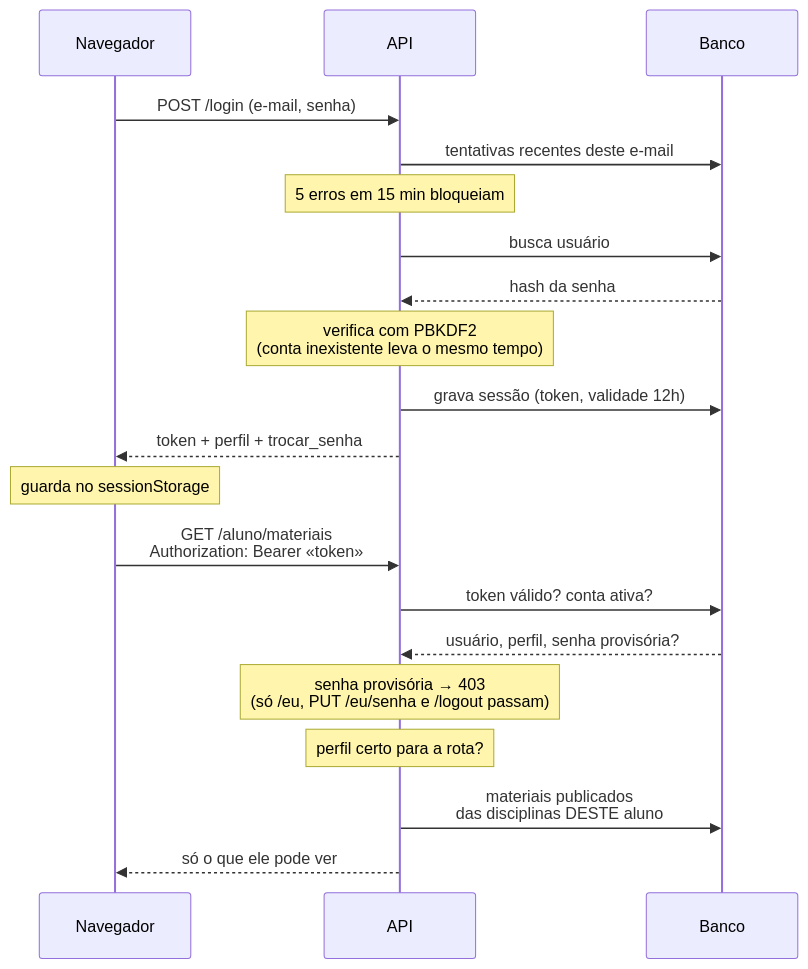
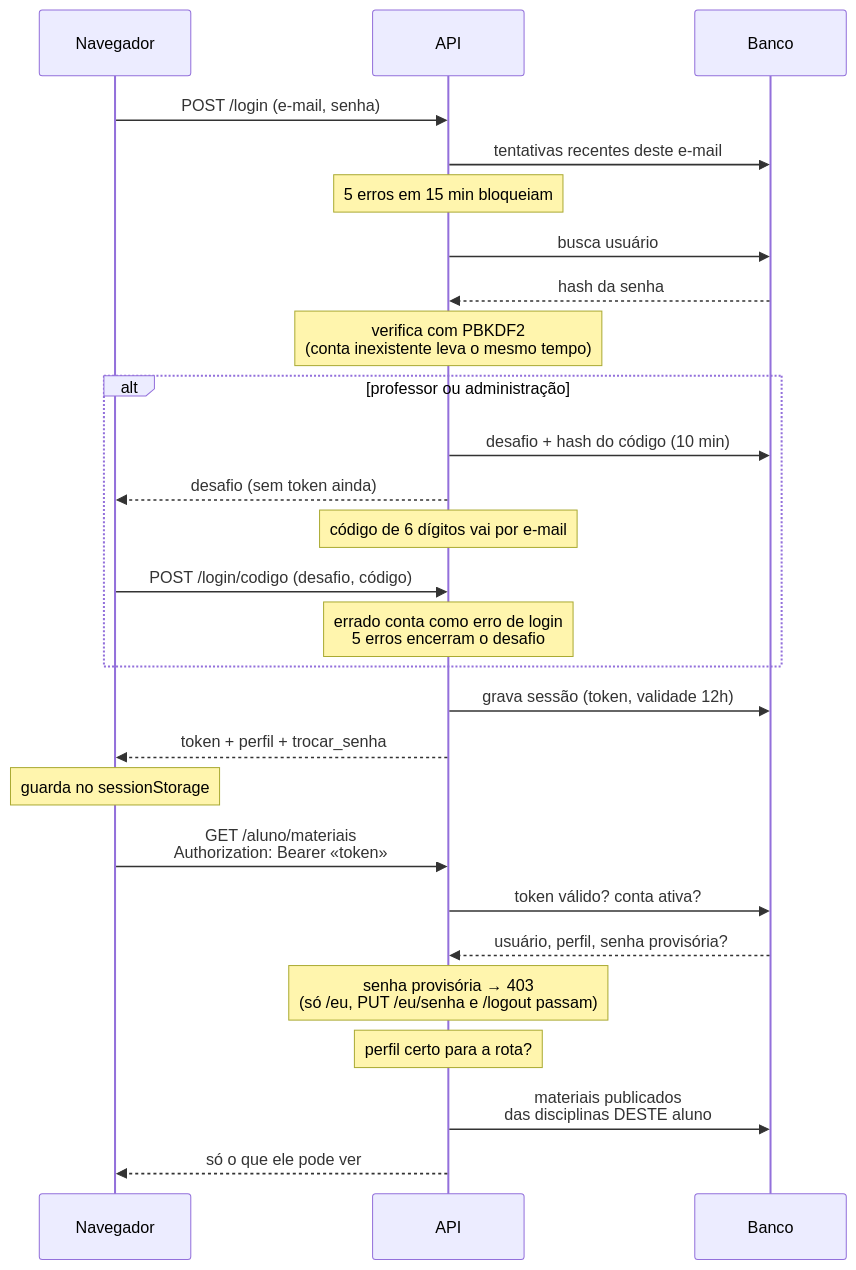
Before and after one commit to jeanrmatias/DeltaCare: the second of 9 diagrams in ARQUITETURA.md, drawn with Mermaid. The commit also changed other lines of this file and 31 other files, not shown here.

First line of the commit message:
feat(seguranca): dois fatores por e-mail, trilha de auditoria, CSP, senha forte, upload por conteudo e termos de uso

````diff
--- a/ARQUITETURA.md
+++ b/ARQUITETURA.md
@@ -58,25 +58,32 @@
 ```mermaid
 sequenceDiagram
     participant N as Navegador
     participant A as API
     participant B as Banco
 
     N->>A: POST /login (e-mail, senha)
     A->>B: tentativas recentes deste e-mail
     Note over A: 5 erros em 15 min bloqueiam
     A->>B: busca usuário
     B-->>A: hash da senha
     Note over A: verifica com PBKDF2<br/>(conta inexistente leva o mesmo tempo)
+    alt professor ou administração
+        A->>B: desafio + hash do código (10 min)
+        A-->>N: desafio (sem token ainda)
+        Note over A: código de 6 dígitos vai por e-mail
+        N->>A: POST /login/codigo (desafio, código)
+        Note over A: errado conta como erro de login<br/>5 erros encerram o desafio
+    end
     A->>B: grava sessão (token, validade 12h)
     A-->>N: token + perfil + trocar_senha
 
     Note over N: guarda no sessionStorage
 
     N->>A: GET /aluno/materiais<br/>Authorization: Bearer «token»
     A->>B: token válido? conta ativa?
     B-->>A: usuário, perfil, senha provisória?
     Note over A: senha provisória → 403<br/>(só /eu, PUT /eu/senha e /logout passam)
     Note over A: perfil certo para a rota?
     A->>B: materiais publicados<br/>das disciplinas DESTE aluno
     A-->>N: só o que ele pode ver
 ```
````
